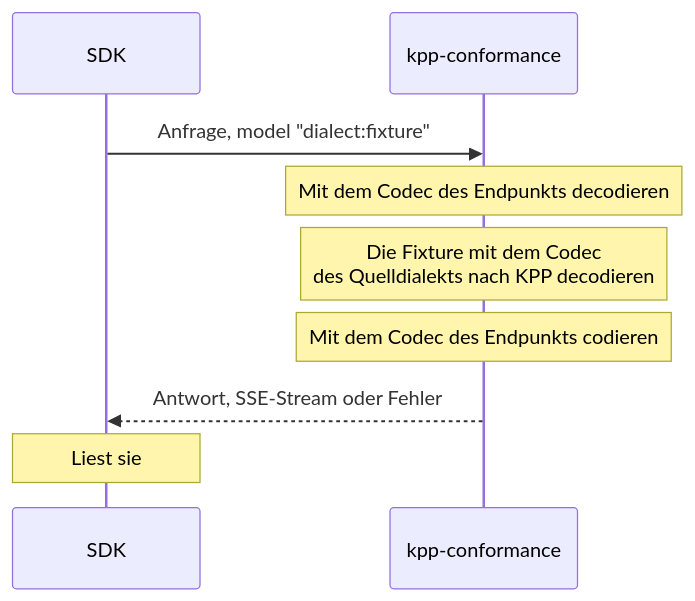
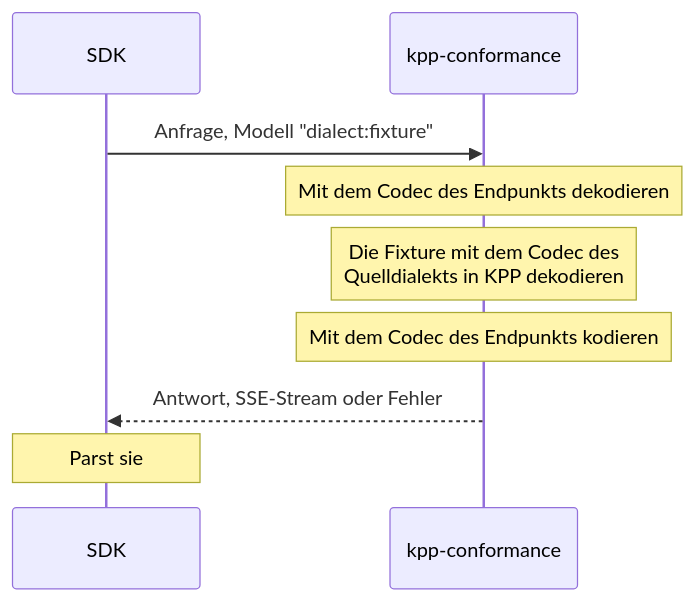
The diagram in apps/docs/content/de/development/testing.md (logicplanes/kaeso), drawn with Mermaid before and after one commit. The commit also changed other lines of this file and 10 other files, not shown here.

````diff
--- a/apps/docs/content/de/development/testing.md
+++ b/apps/docs/content/de/development/testing.md
@@ -174,13 +163,13 @@
 ```mermaid
 sequenceDiagram
   accTitle: Eine Konformitätsanfrage
-  accDescr: Das SDK sendet eine Anfrage, deren Modell einen Quelldialekt und eine Fixture nennt. Der Server decodiert sie mit dem Codec des Endpunkts, decodiert die Fixture mit dem Codec des Quelldialekts nach KPP, codiert das mit dem Codec des Endpunkts und gibt die Antwort, den Stream oder den Fehler zurück, den das SDK dann liest.
+  accDescr: Das SDK sendet eine Anfrage, deren Modell einen Quelldialekt und eine Fixture nennt. Der Server dekodiert sie mit dem Codec des Endpunkts, dekodiert die Fixture mit dem Codec des Quelldialekts in KPP, kodiert das mit dem Codec des Endpunkts und gibt Antwort, Stream oder Fehler zurück, die das SDK parst.
   participant SDK
   participant Server as kpp-conformance
-  SDK->>Server: Anfrage, model "dialect:fixture"
-  Note over Server: Mit dem Codec des Endpunkts decodieren
-  Note over Server: Die Fixture mit dem Codec<br>des Quelldialekts nach KPP decodieren
-  Note over Server: Mit dem Codec des Endpunkts codieren
+  SDK->>Server: Anfrage, Modell "dialect:fixture"
+  Note over Server: Mit dem Codec des Endpunkts dekodieren
+  Note over Server: Die Fixture mit dem Codec des<br>Quelldialekts in KPP dekodieren
+  Note over Server: Mit dem Codec des Endpunkts kodieren
   Server-->>SDK: Antwort, SSE-Stream oder Fehler
-  Note over SDK: Liest sie
+  Note over SDK: Parst sie
 ```
````
